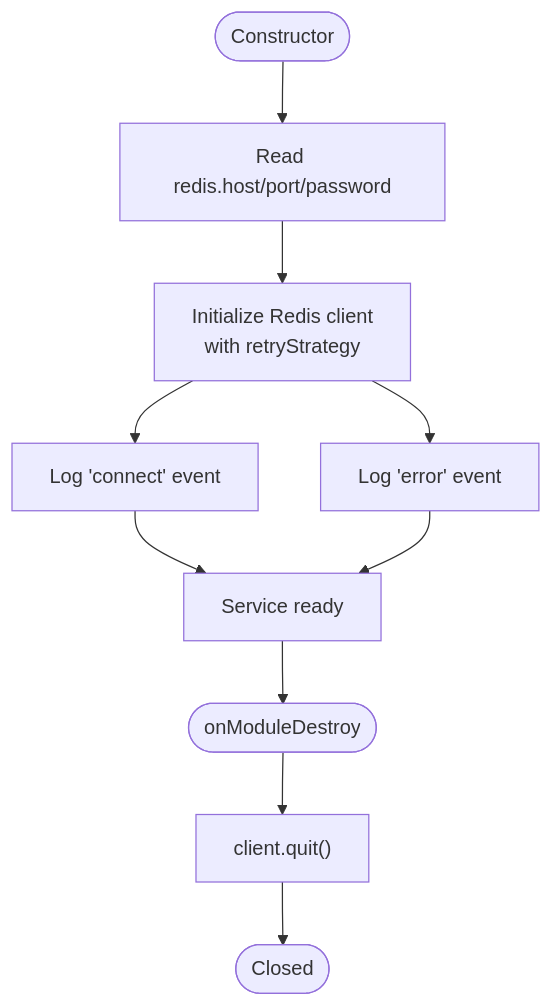
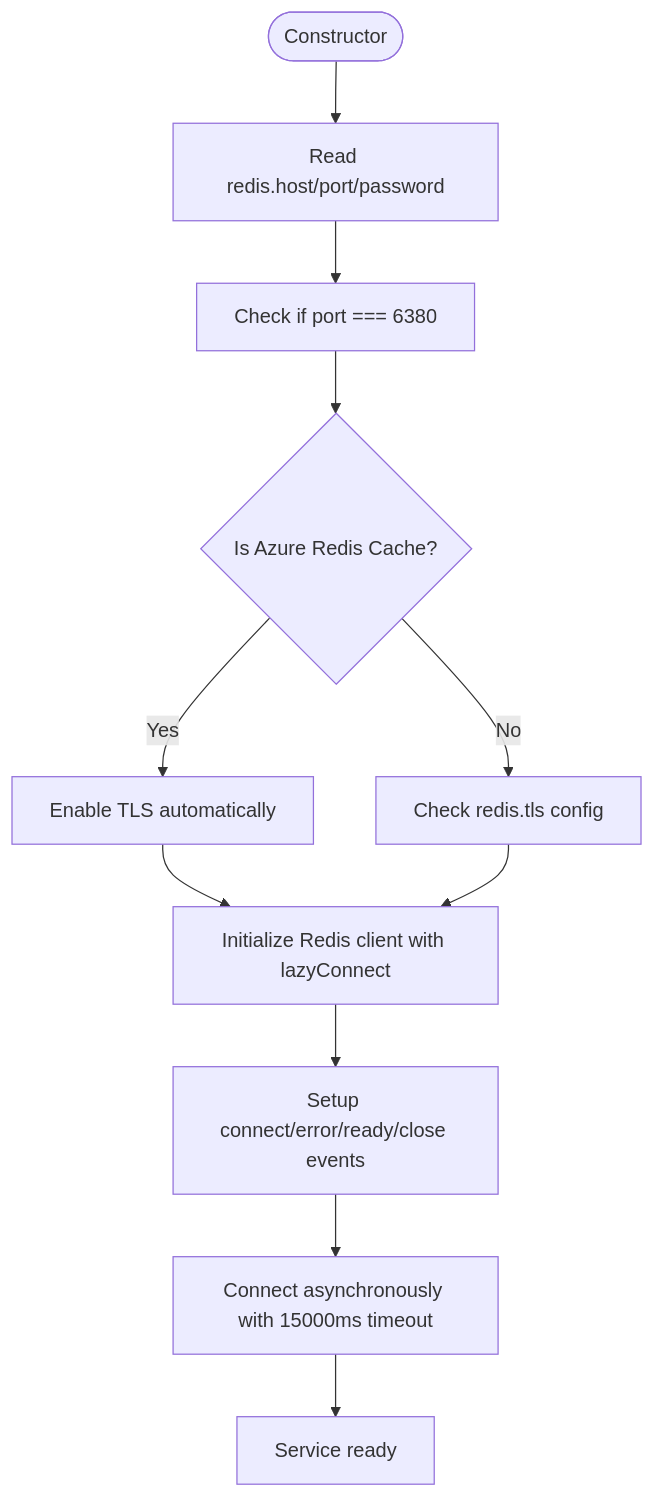
The fourth of 6 diagrams in .qoder/repowiki/en/content/Shared Libraries/Redis Library.md (Avi-Bendetsky/Quiz-to-build), drawn with Mermaid before and after one commit. The commit also changed other lines of this file and 41 other files, not shown here.

````diff
--- a/.qoder/repowiki/en/content/Shared Libraries/Redis Library.md
+++ b/.qoder/repowiki/en/content/Shared Libraries/Redis Library.md
@@ -166,12 +169,13 @@
 ```mermaid
 flowchart TD
 Start(["Constructor"]) --> ReadCfg["Read redis.host/port/password"]
-ReadCfg --> InitClient["Initialize Redis client<br/>with retryStrategy"]
-InitClient --> OnConnect["Log 'connect' event"]
-InitClient --> OnError["Log 'error' event"]
-OnConnect --> Ready["Service ready"]
-OnError --> Ready
-Ready --> Shutdown(["onModuleDestroy"])
-Shutdown --> Quit["client.quit()"]
-Quit --> End(["Closed"])
+ReadCfg --> CheckPort["Check if port === 6380"]
+CheckPort --> IsAzure{"Is Azure Redis Cache?"}
+IsAzure --> |Yes| EnableTLS["Enable TLS automatically"]
+IsAzure --> |No| CheckConfig["Check redis.tls config"]
+EnableTLS --> InitClient["Initialize Redis client with lazyConnect"]
+CheckConfig --> InitClient
+InitClient --> SetupEvents["Setup connect/error/ready/close events"]
+SetupEvents --> ConnectAsync["Connect asynchronously with 15000ms timeout"]
+ConnectAsync --> Ready["Service ready"]
 ```
````
